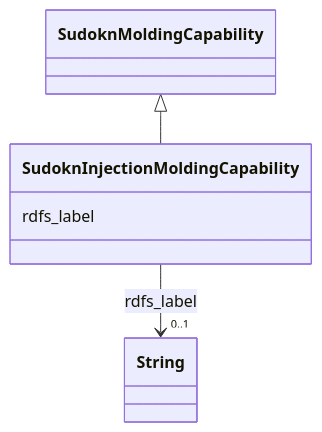
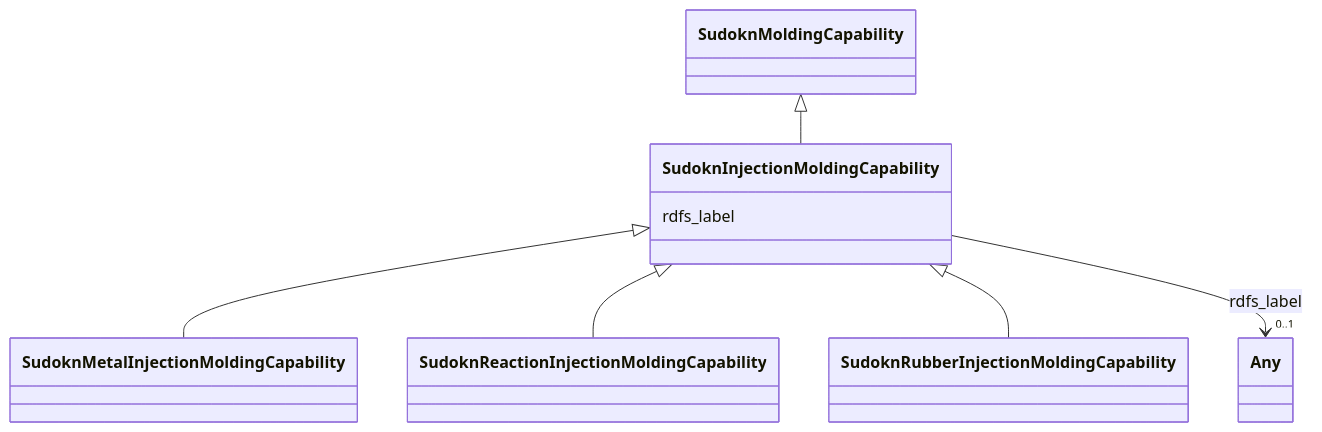
The diagram in sudokn-kg/classes/SudoknInjectionMoldingCapability.md (frink-okn/graph-descriptions), drawn with Mermaid before and after one commit. The commit also changed other lines of this file and 903 other files, not shown here.

````diff
--- a/sudokn-kg/classes/SudoknInjectionMoldingCapability.md
+++ b/sudokn-kg/classes/SudoknInjectionMoldingCapability.md
@@ -23,18 +16,27 @@
 ```mermaid
  classDiagram
     class SudoknInjectionMoldingCapability
     click SudoknInjectionMoldingCapability href "../SudoknInjectionMoldingCapability"
       SudoknMoldingCapability <|-- SudoknInjectionMoldingCapability
         click SudoknMoldingCapability href "../SudoknMoldingCapability"
       
+
+      SudoknInjectionMoldingCapability <|-- SudoknMetalInjectionMoldingCapability
+        click SudoknMetalInjectionMoldingCapability href "../SudoknMetalInjectionMoldingCapability"
+      SudoknInjectionMoldingCapability <|-- SudoknReactionInjectionMoldingCapability
+        click SudoknReactionInjectionMoldingCapability href "../SudoknReactionInjectionMoldingCapability"
+      SudoknInjectionMoldingCapability <|-- SudoknRubberInjectionMoldingCapability
+        click SudoknRubberInjectionMoldingCapability href "../SudoknRubberInjectionMoldingCapability"
+      
+      
       SudoknInjectionMoldingCapability : rdfs_label
         
           
     
     
-    SudoknInjectionMoldingCapability --> "0..1" String : rdfs_label
-    click String href "../String"
+    SudoknInjectionMoldingCapability --> "0..1" Any : rdfs_label
+    click Any href "../Any"
 
         
       
 ```
````
